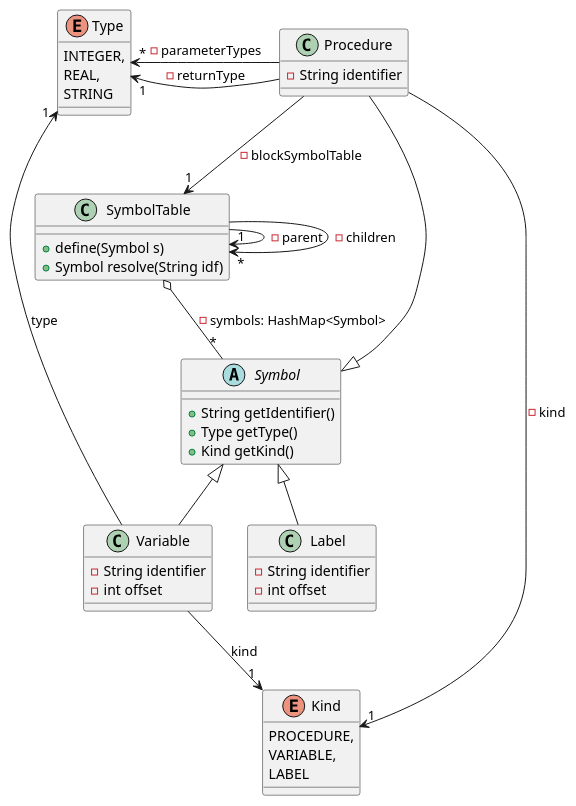
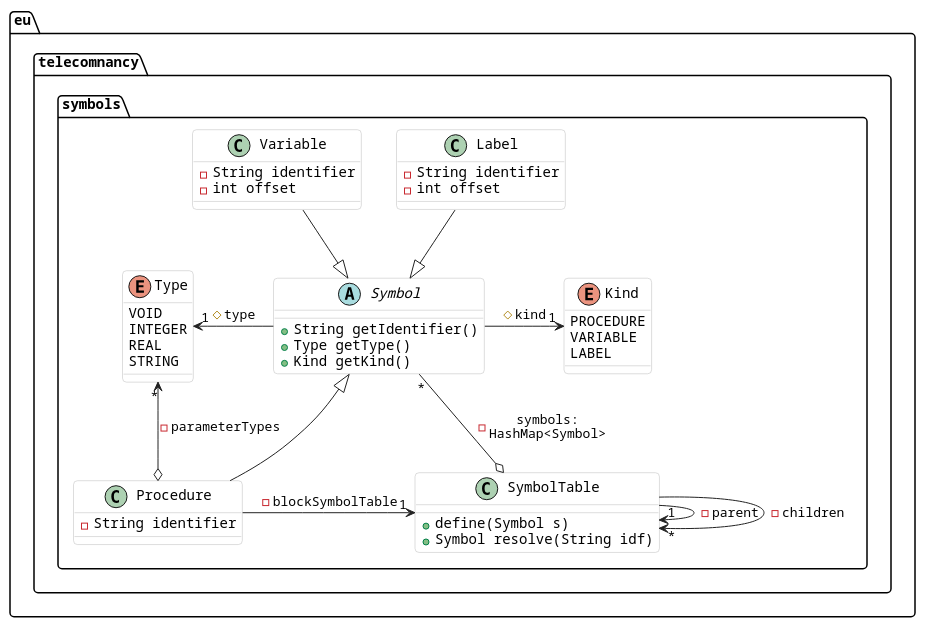
The diagram in doc/diagrams/symbol_table.puml (lobertrand/algol60-compiler), drawn with PlantUML before and after one commit. The commit also changed 3 other files, not shown here.

Commit message:
Diagrammes supplémentaires

```diff
--- a/doc/diagrams/symbol_table.puml
+++ b/doc/diagrams/symbol_table.puml
@@ -1,54 +1,63 @@
-@startuml
+@startuml symbol_table
+
+skinparam Shadowing false
+skinparam ArrowColor #222
+skinparam ClassBorderColor #bbb
+skinparam ClassBackgroundColor white
+skinparam DefaultFontName Liberation Mono
+skinparam RoundCorner 8
+
+package eu.telecomnancy.symbols {
 
 class SymbolTable {
     + define(Symbol s)
     + Symbol resolve(String idf)
 }
-SymbolTable o-- "*" Symbol: - symbols: HashMap<Symbol>
+SymbolTable o-- "*" Symbol: - symbols:\nHashMap<Symbol>
 SymbolTable --> "1" SymbolTable: - parent
 SymbolTable --> "*" SymbolTable: - children
 
 abstract class Symbol {
     + String getIdentifier()
     + Type getType()
     + Kind getKind()
 }
-
-Symbol <|-- Variable
+Symbol <|-up- Variable
 Symbol <|-- Procedure
-Symbol <|-- Label
+Symbol <|-up- Label
+Symbol -right-> "1" Kind: # kind
+Symbol -left-> "1" Type: # type
 
 class Variable {
     - String identifier
     - int offset
 }
-Variable --> "1" Type: type
-Variable --> "1" Kind: kind
-
 
 class Procedure {
     - String identifier
 }
-Procedure --> "1" SymbolTable: - blockSymbolTable
-Procedure -left-> "1" Type: - returnType
-Procedure ---> "*" Type: - parameterTypes
-Procedure -right-> "1" Kind: - kind
+Procedure -right-> "1" SymbolTable: - blockSymbolTable
+Procedure o-left-> "*" Type: - parameterTypes
 
 class Label {
     - String identifier
     - int offset
 }
 
 enum Kind {
-    PROCEDURE,
-    VARIABLE,
+    PROCEDURE
+    VARIABLE
     LABEL
 }
 
 enum Type {
-    INTEGER,
-    REAL,
+    VOID
+    INTEGER
+    REAL
     STRING
 }
 
+}
+' package end
+
 @enduml
```
